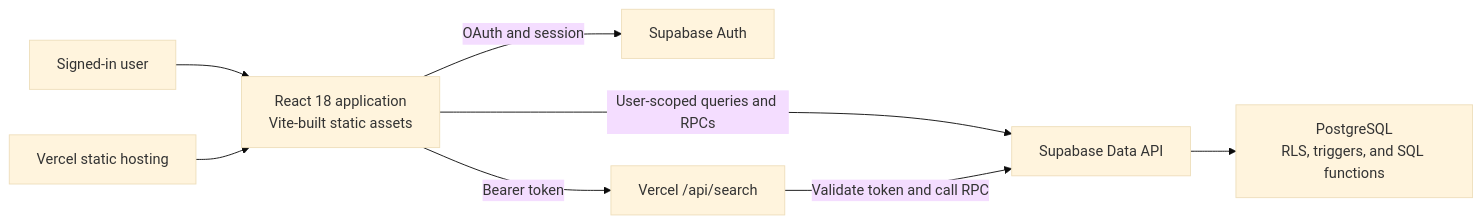
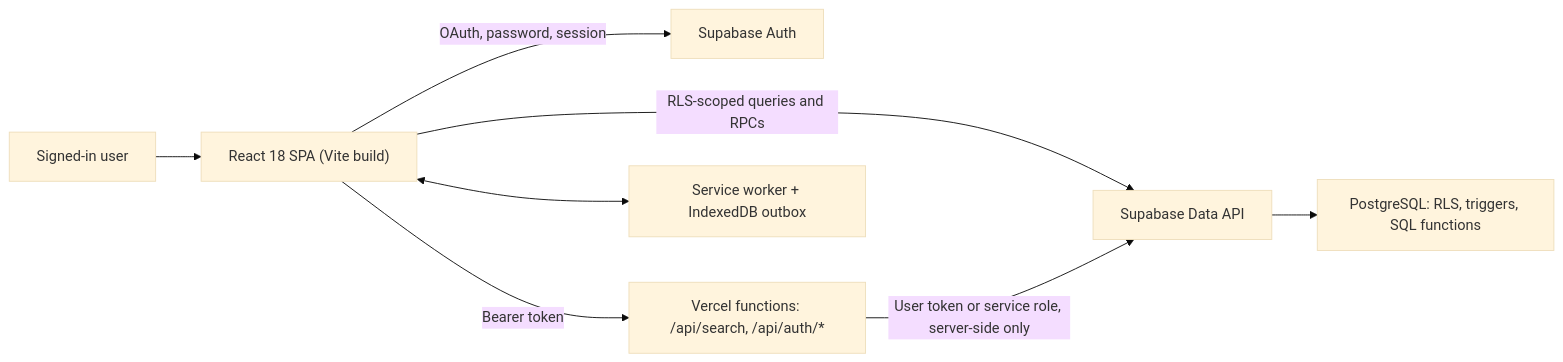
Before and after one commit to rehnx95/Momentum: the diagram in docs/architecture.md, drawn with Mermaid (base theme). The commit also changed other lines of this file, not shown here.

Commit message:
update architecture

````diff
--- a/docs/architecture.md
+++ b/docs/architecture.md
@@ -14,11 +7,10 @@
 ```mermaid
 flowchart LR
-  user[Signed-in user] --> browser
-  browser["React 18 application<br/>Vite-built static assets"]
-  browser -->|OAuth and session| auth["Supabase Auth"]
-  browser -->|User-scoped queries and RPCs| data["Supabase Data API"]
-  data --> db["PostgreSQL<br/>RLS, triggers, and SQL functions"]
-  browser -->|Bearer token| search["Vercel /api/search"]
-  search -->|Validate token and call RPC| data
-  hosting["Vercel static hosting"] --> browser
+  user[Signed-in user] --> app["React 18 SPA (Vite build)"]
+  app -->|OAuth, password, session| auth[Supabase Auth]
+  app -->|RLS-scoped queries and RPCs| data[Supabase Data API]
+  data --> db["PostgreSQL: RLS, triggers, SQL functions"]
+  app -->|Bearer token| api["Vercel functions: /api/search, /api/auth/*"]
+  api -->|User token or service role, server-side only| data
+  app <--> sw["Service worker + IndexedDB outbox"]
 ```
````
